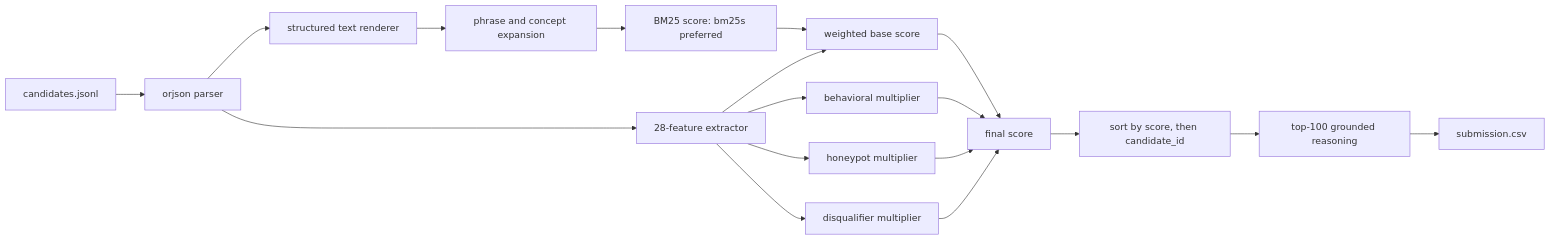
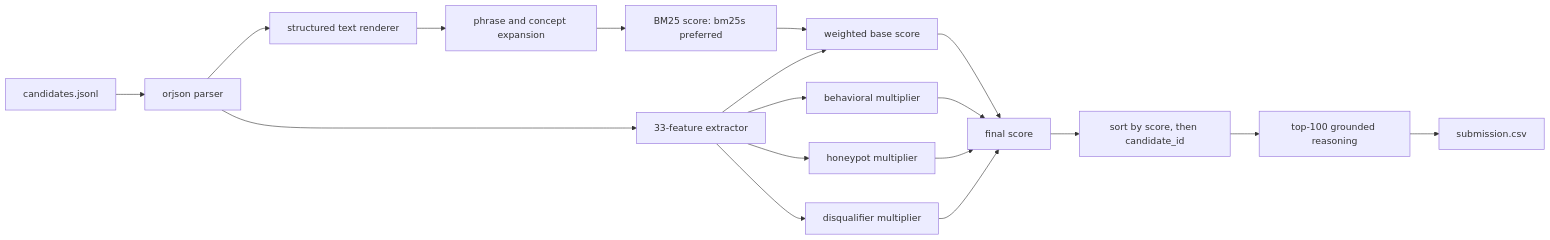
Before and after one commit to bansalbhunesh/redrob-hirefit-ranker: the diagram in docs/ARCHITECTURE.md, drawn with Mermaid. The commit also changed 10 other files, not shown here.

````diff
--- a/docs/ARCHITECTURE.md
+++ b/docs/ARCHITECTURE.md
@@ -17,20 +17,20 @@
 ```mermaid
 flowchart LR
     A["candidates.jsonl"] --> B["orjson parser"]
     B --> C["structured text renderer"]
     C --> D["phrase and concept expansion"]
     D --> E["BM25 score: bm25s preferred"]
-    B --> F["28-feature extractor"]
+    B --> F["33-feature extractor"]
     E --> G["weighted base score"]
     F --> G
     F --> H["behavioral multiplier"]
     F --> I["honeypot multiplier"]
     F --> J["disqualifier multiplier"]
     G --> K["final score"]
     H --> K
     I --> K
     J --> K
     K --> L["sort by score, then candidate_id"]
     L --> M["top-100 grounded reasoning"]
     M --> N["submission.csv"]
 ```
````
